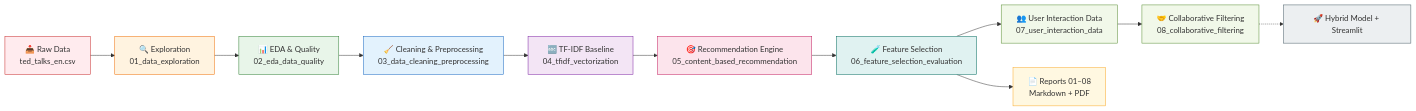
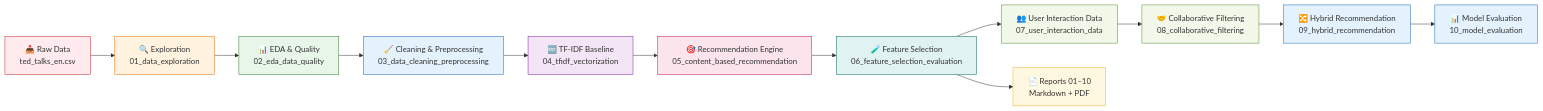
Before and after one commit to springboardmentor098/TED-TALK-RECOMMENDATION-SYSTEM: the diagram in README.md, drawn with Mermaid. The commit also changed other lines of this file, not shown here.

````diff
--- a/README.md
+++ b/README.md
@@ -50,25 +50,27 @@
 ```mermaid
 graph LR
     A[📥 Raw Data<br/>ted_talks_en.csv] --> B[🔍 Exploration<br/>01_data_exploration]
     B --> C[📊 EDA & Quality<br/>02_eda_data_quality]
     C --> D[🧹 Cleaning & Preprocessing<br/>03_data_cleaning_preprocessing]
     D --> E[🔤 TF-IDF Baseline<br/>04_tfidf_vectorization]
     E --> F[🎯 Recommendation Engine<br/>05_content_based_recommendation]
     F --> G[🧪 Feature Selection<br/>06_feature_selection_evaluation]
     G --> H[👥 User Interaction Data<br/>07_user_interaction_data]
-    G --> R[📄 Reports 01–08<br/>Markdown + PDF]
+    G --> R[📄 Reports 01–10<br/>Markdown + PDF]
     H --> I[🤝 Collaborative Filtering<br/>08_collaborative_filtering]
-    I -.-> J[🚀 Hybrid Model + Streamlit]
+    I --> J[🔀 Hybrid Recommendation<br/>09_hybrid_recommendation]
+    J --> K[📊 Model Evaluation<br/>10_model_evaluation]
 
     style A fill:#ffebee,stroke:#c62828
     style B fill:#fff3e0,stroke:#ef6c00
     style C fill:#e8f5e9,stroke:#2e7d32
     style D fill:#e3f2fd,stroke:#1565c0
     style E fill:#f3e5f5,stroke:#7b1fa2
     style F fill:#fce4ec,stroke:#c2185b
     style G fill:#e0f2f1,stroke:#00695c
     style H fill:#f1f8e9,stroke:#558b2f
     style I fill:#f1f8e9,stroke:#558b2f
-    style J fill:#eceff1,stroke:#455a64
+    style J fill:#e3f2fd,stroke:#1565c0
+    style K fill:#e3f2fd,stroke:#1565c0
     style R fill:#fff8e1,stroke:#f9a825
 ```
````
